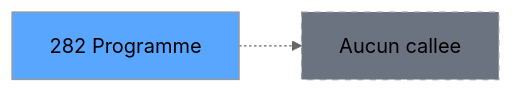
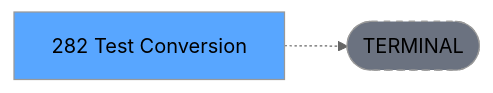
Before and after one commit to thonyAGP/lecteur-magic: the third of 3 diagrams in .openspec/renders/ADH-IDE-282.md, drawn with Mermaid (neutral theme). The commit also changed other lines of this file and 701 other files, not shown here.

````diff
--- a/.openspec/renders/ADH-IDE-282.md
+++ b/.openspec/renders/ADH-IDE-282.md
@@ -121,8 +134,8 @@
 ```mermaid
 graph LR
-    T[282 Programme]
-    NONE[Aucun callee]
-    T -.-> NONE
+    T[282 Test Conversion]
+    TERM([TERMINAL])
+    T -.-> TERM
+    style TERM fill:#6b7280,stroke-dasharray: 5 5
     style T fill:#58a6ff,color:#000
-    style NONE fill:#6b7280,stroke-dasharray: 5 5
 ```
````
